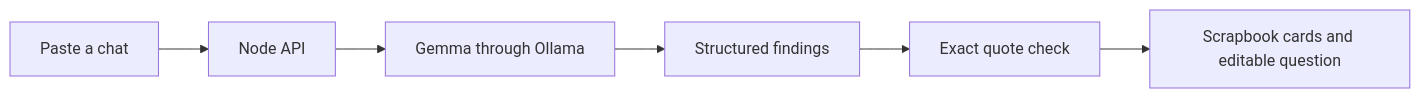
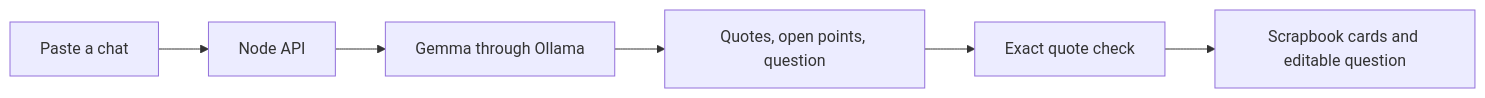
The diagram in README.md (Muneer320/one-missing-question), drawn with Mermaid before and after one commit. The commit also changed other lines of this file and 4 other files, not shown here.

````diff
--- a/README.md
+++ b/README.md
@@ -36,8 +36,8 @@
 ```mermaid
 flowchart LR
   A[Paste a chat] --> B[Node API]
   B --> C[Gemma through Ollama]
-  C --> D[Structured findings]
+  C --> D[Quotes, open points, question]
   D --> E[Exact quote check]
   E --> F[Scrapbook cards and editable question]
 ```
````
